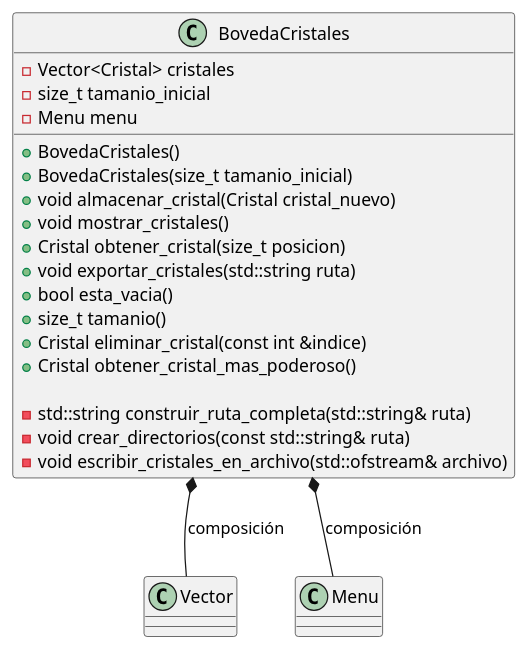
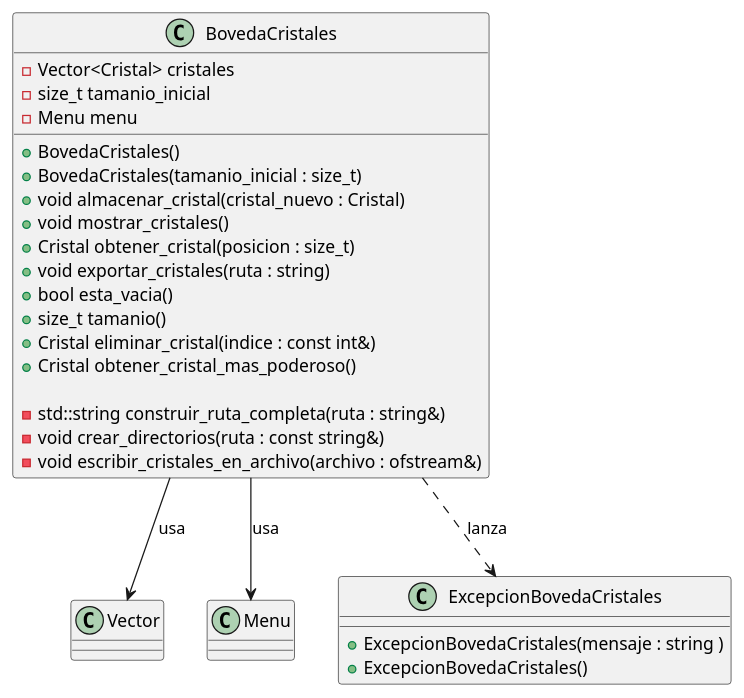
One commit to guillsil/Transformers-Game changed the diagram in Diagramas-UML/BovedaCristales.puml. Above: the diagram before and after it, drawn with PlantUML. The commit also changed 15 other files, not shown here.

Commit message:
Refactor: adapto los uml ya que los mismo con los atributos primero va el nombre y luego el tipo.

```diff
--- a/Diagramas-UML/BovedaCristales.puml
+++ b/Diagramas-UML/BovedaCristales.puml
@@ -1,30 +1,36 @@
 @startuml
 'https://plantuml.com/class-diagram
 class Vector
 class Menu
+
+class ExcepcionBovedaCristales {
+    + ExcepcionBovedaCristales(mensaje : string )
+    + ExcepcionBovedaCristales()
+}
 
 class BovedaCristales {
     - Vector<Cristal> cristales
     - size_t tamanio_inicial
     - Menu menu
 
     + BovedaCristales()
-    + BovedaCristales(size_t tamanio_inicial)
-    + void almacenar_cristal(Cristal cristal_nuevo)
+    + BovedaCristales(tamanio_inicial : size_t)
+    + void almacenar_cristal(cristal_nuevo : Cristal)
     + void mostrar_cristales()
-    + Cristal obtener_cristal(size_t posicion)
-    + void exportar_cristales(std::string ruta)
+    + Cristal obtener_cristal(posicion : size_t)
+    + void exportar_cristales(ruta : string)
     + bool esta_vacia()
     + size_t tamanio()
-    + Cristal eliminar_cristal(const int &indice)
+    + Cristal eliminar_cristal(indice : const int&)
     + Cristal obtener_cristal_mas_poderoso()
 
-    - std::string construir_ruta_completa(std::string& ruta)
-    - void crear_directorios(const std::string& ruta)
-    - void escribir_cristales_en_archivo(std::ofstream& archivo)
+    - std::string construir_ruta_completa(ruta : string&)
+    - void crear_directorios(ruta : const string&)
+    - void escribir_cristales_en_archivo(archivo : ofstream&)
 }
 
 ' Relaciones
-BovedaCristales *-- Vector : "composición"
-BovedaCristales *-- Menu : "composición"
+BovedaCristales --> Vector : "usa"
+BovedaCristales --> Menu : "usa"
+BovedaCristales ..> ExcepcionBovedaCristales : "lanza"
 @enduml
```
